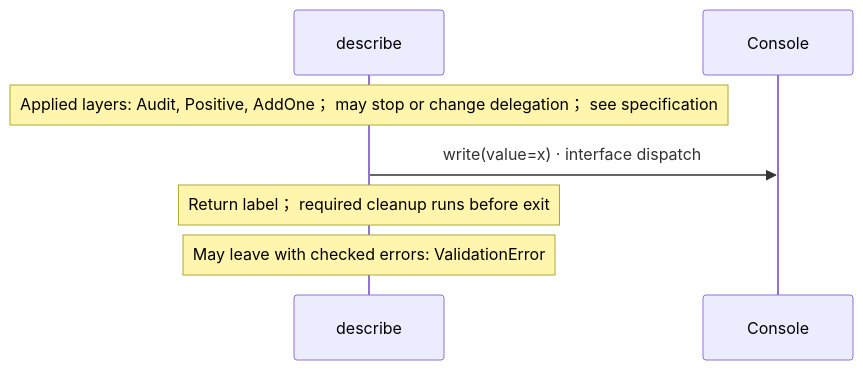
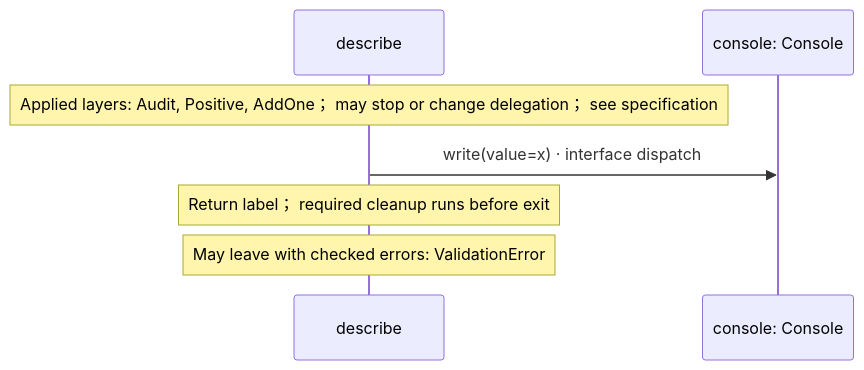
Before and after one commit to GreenPandaStudios/augscript: the third of 3 diagrams in docs/examples/interceptors/app-diagrams.md, drawn with Mermaid. The commit also changed 102 other files, not shown here.

Commit message:
Keep named service receivers distinct in sequence data flow

````diff
--- a/docs/examples/interceptors/app-diagrams.md
+++ b/docs/examples/interceptors/app-diagrams.md
@@ -73,9 +73,9 @@
 ```mermaid
 sequenceDiagram
     participant p0 as describe
-    participant p1 as Console
+    participant p1 as console: Console
     Note over p0: Applied layers: Audit, Positive, AddOne； may stop or change delegation； see specification
     p0->>p1: write(value=x) · interface dispatch
     Note over p0: Return label； required cleanup runs before exit
     Note over p0: May leave with checked errors: ValidationError
 ```
````
